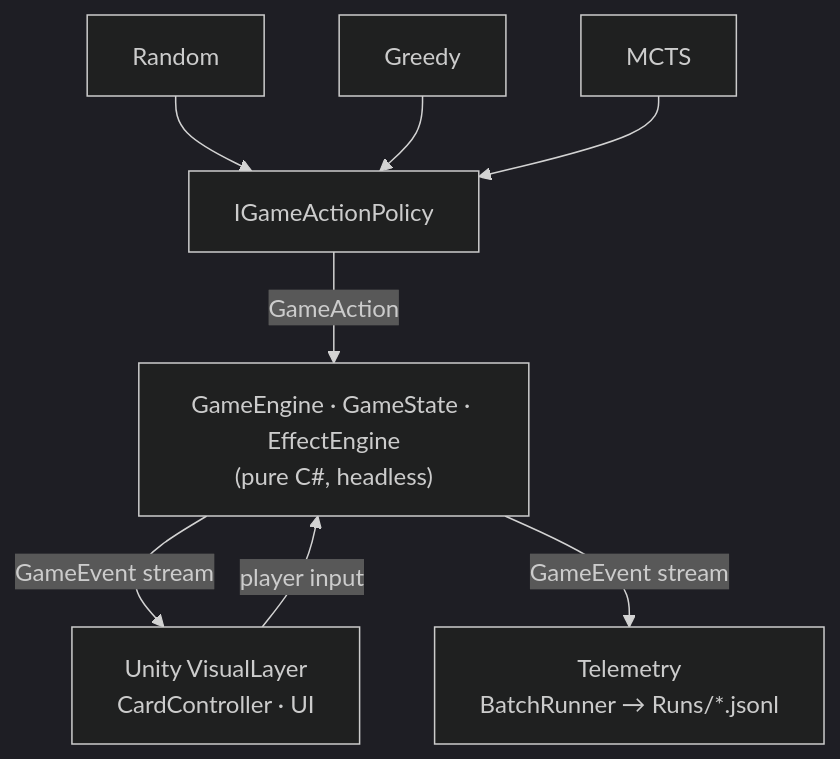
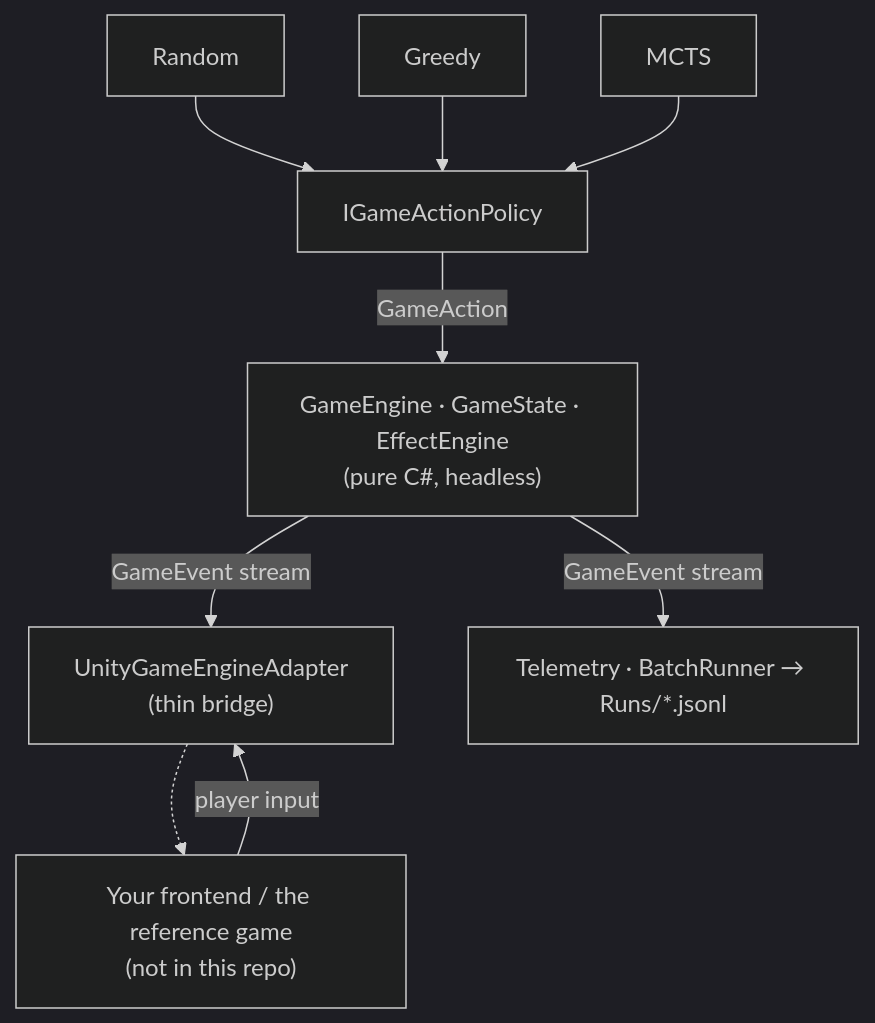
Before and after one commit to kuzmenkoff/exec_magica_engine: the diagram in README.md, drawn with Mermaid (dark theme). The commit also changed other lines of this file and 2 other files, not shown here.

Commit message:
docs: reframe README as engine/AI framework; add FRAMEWORK.md; link live API docs

````diff
--- a/README.md
+++ b/README.md
@@ -130,11 +140,11 @@
 ```mermaid
 graph TD
     R[Random] --> P
     G[Greedy] --> P
     M[MCTS] --> P
     P[IGameActionPolicy] -->|GameAction| E
-    E["GameEngine · GameState · EffectEngine<br/>(pure C#, headless)"] -->|GameEvent stream| V & T
-    V["Unity VisualLayer<br/>CardController · UI"]
-    T["Telemetry<br/>BatchRunner → Runs/*.jsonl"]
-    V -->|player input| E
+    E["GameEngine · GameState · EffectEngine<br/>(pure C#, headless)"] -->|GameEvent stream| A & T
+    A["UnityGameEngineAdapter<br/>(thin bridge)"] -.-> F["Your frontend / the reference game<br/>(not in this repo)"]
+    T["Telemetry · BatchRunner → Runs/*.jsonl"]
+    F -->|player input| A
 ```
````
